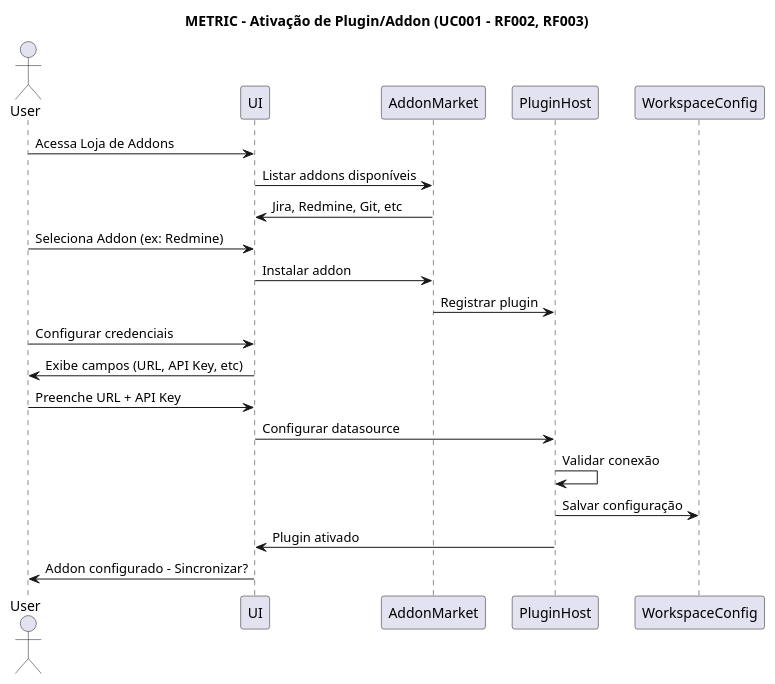
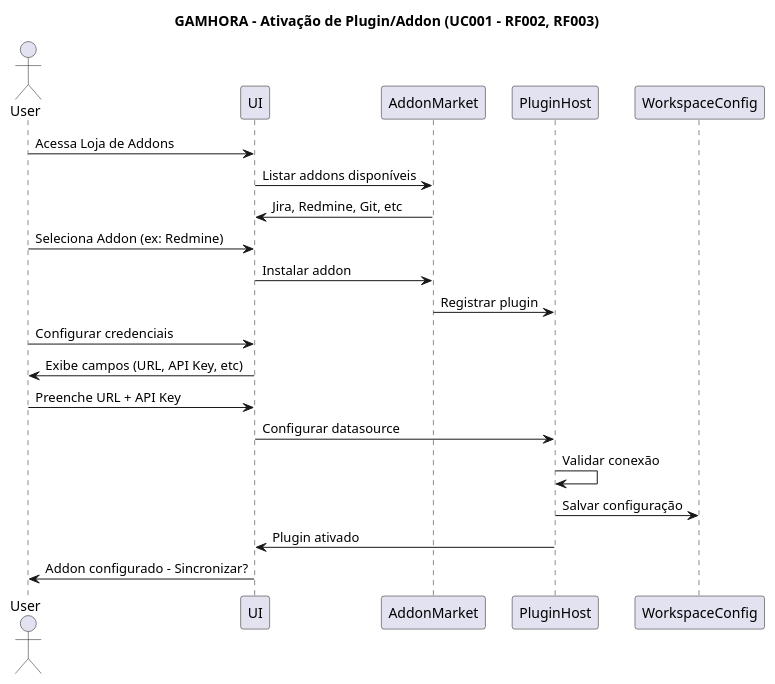
The diagram in docs/srs/diagrams/puml/flow/diagram-flow-004-plugin-activation.puml (Gustavohps10/gamhora), drawn with PlantUML before and after one commit. The commit also changed 323 other files, not shown here.

Commit message:
feat(core): rebrand from Metric to Gamhora, setup typecheck pipeline and strict typings

```diff
--- a/docs/srs/diagrams/puml/flow/diagram-flow-004-plugin-activation.puml
+++ b/docs/srs/diagrams/puml/flow/diagram-flow-004-plugin-activation.puml
@@ -1,27 +1,27 @@
 @startuml PluginActivationFlow
-title METRIC - Ativação de Plugin/Addon (UC001 - RF002, RF003)
+title GAMHORA - Ativação de Plugin/Addon (UC001 - RF002, RF003)
 actor User
 participant UI
 participant AddonMarket
 participant PluginHost
 participant WorkspaceConfig
 
 User -> UI: Acessa Loja de Addons
 UI -> AddonMarket: Listar addons disponíveis
 AddonMarket -> UI: Jira, Redmine, Git, etc
 
 User -> UI: Seleciona Addon (ex: Redmine)
 UI -> AddonMarket: Instalar addon
 AddonMarket -> PluginHost: Registrar plugin
 
 User -> UI: Configurar credenciais
 UI -> User: Exibe campos (URL, API Key, etc)
 User -> UI: Preenche URL + API Key
 
 UI -> PluginHost: Configurar datasource
 PluginHost -> PluginHost: Validar conexão
 PluginHost -> WorkspaceConfig: Salvar configuração
 
 PluginHost -> UI: Plugin ativado
 UI -> User: Addon configurado - Sincronizar?
 @enduml
```
